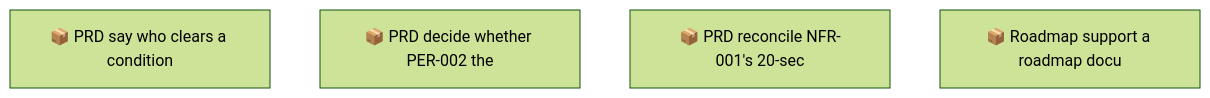
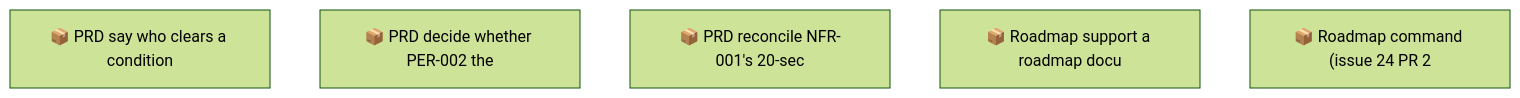
Before and after one commit to SpillwaveSolutions/prd-forge: the second of 2 diagrams in docs/roadmap.md, drawn with Mermaid (forest theme). The commit also changed other lines of this file and 10 other files, not shown here.

First line of the commit message:
Add /prd-roadmap and roadmap back-links (#24, part 2)

````diff
--- a/docs/roadmap.md
+++ b/docs/roadmap.md
@@ -57,7 +59,8 @@
 ```mermaid
 graph TD
     01M67NBJMD36KW0QP1S9D4SMAD["📦 PRD say who clears a condition"]
     01M67NBJQEWFPJ4YZADKC6ZXP7["📦 PRD decide whether PER-002 the"]
     01M67NBJTJAPJSEETE5YS6SVMT["📦 PRD reconcile NFR-001's 20-sec"]
     01M67NKWT0E0CGYGZYJ8SV6ERN["📦 Roadmap support a roadmap docu"]
+    01M6CS2Q1R05GS1XZWR50CZEAQ["📦 Roadmap command (issue 24 PR 2"]
 ```
````
